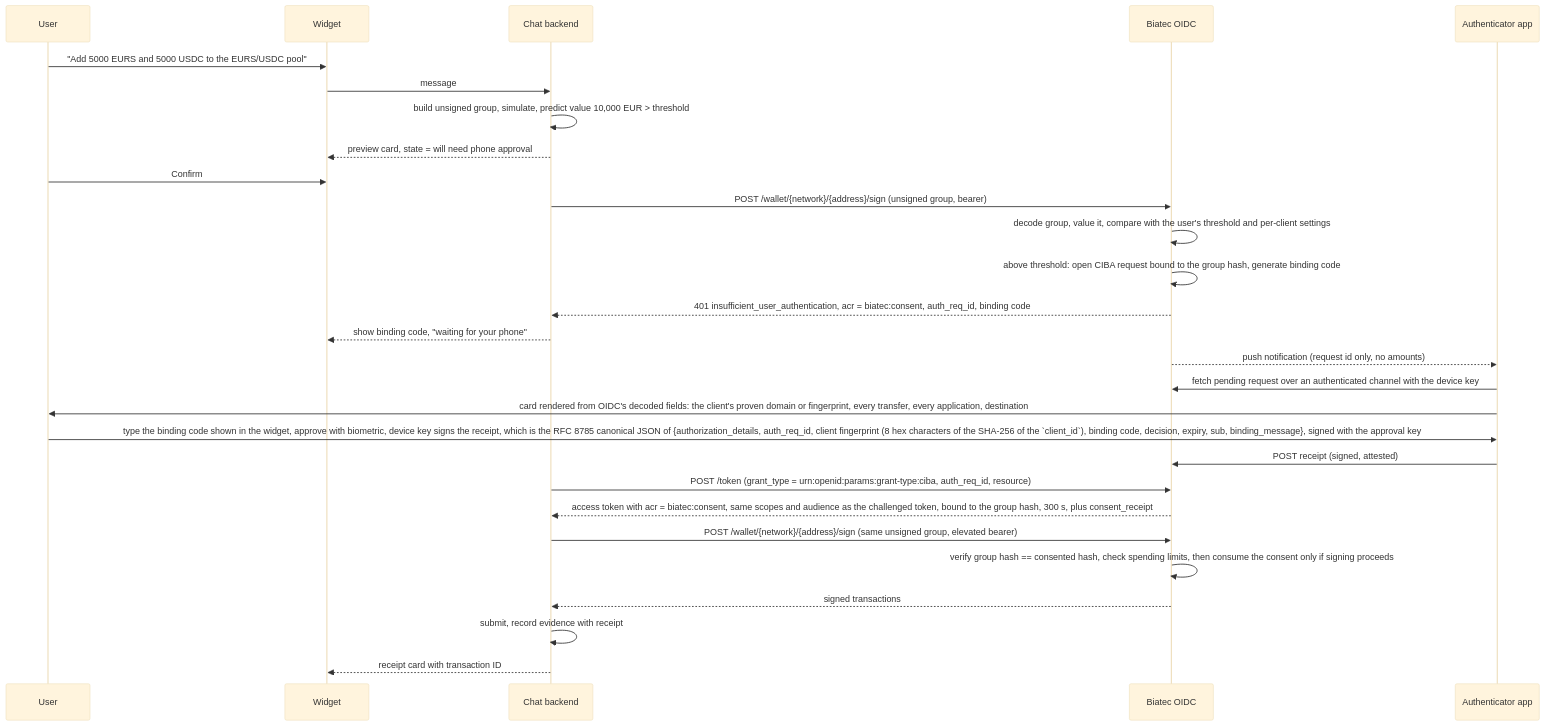
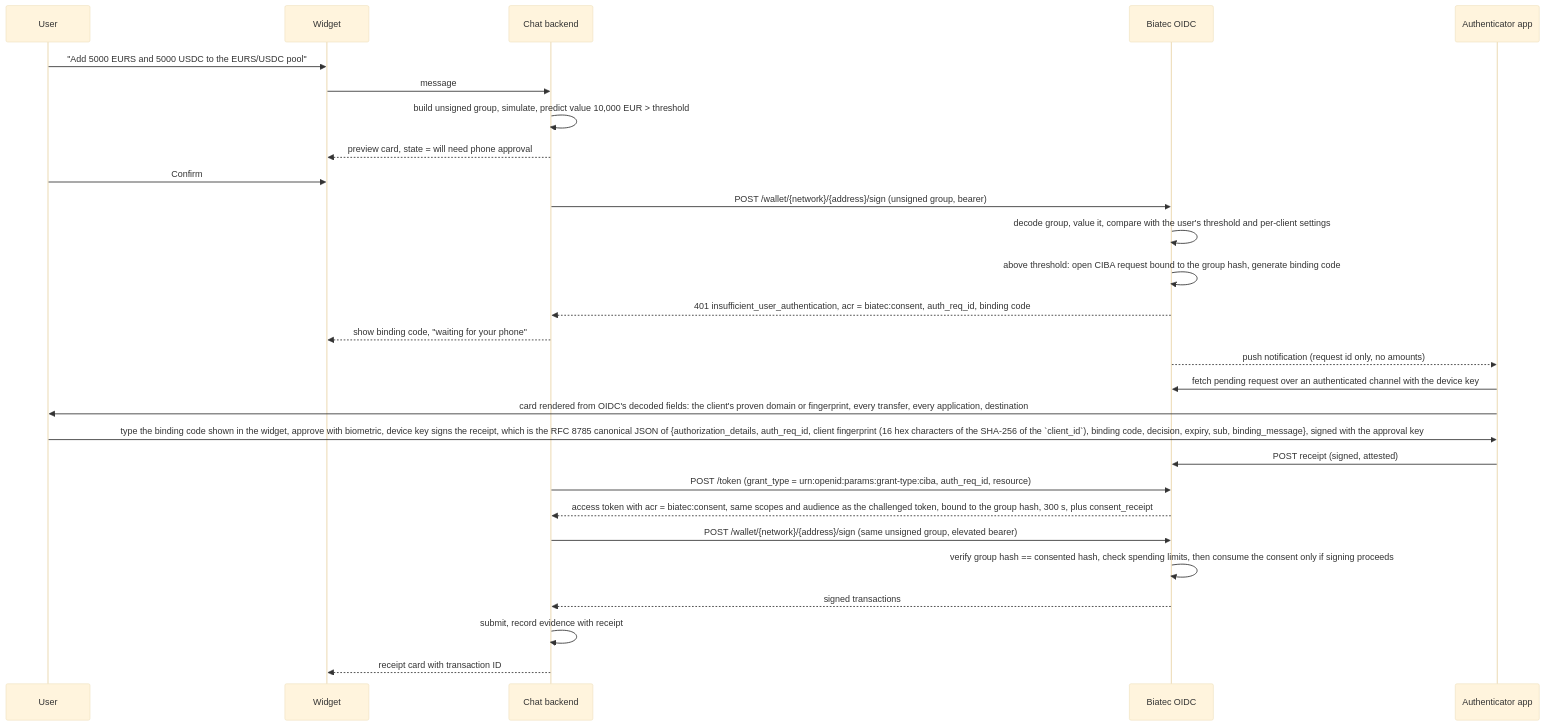
Before and after one commit to scholtz/biatec-chat: the third of 3 diagrams in PRODUCT-DESCRIPTION.md, drawn with Mermaid (base theme). The commit also changed 10 other files, not shown here.

Commit message:
T-239: review round 2: 64-bit fingerprint, device approval and enrollment proof fail closed, single-use nonces, origin recorded equals origin signed

````diff
--- a/PRODUCT-DESCRIPTION.md
+++ b/PRODUCT-DESCRIPTION.md
@@ -437,31 +437,31 @@
 ```mermaid
 sequenceDiagram
     participant U as User
     participant W as Widget
     participant API as Chat backend
     participant O as Biatec OIDC
     participant A as Authenticator app
 
     U->>W: "Add 5000 EURS and 5000 USDC to the EURS/USDC pool"
     W->>API: message
     API->>API: build unsigned group, simulate, predict value 10,000 EUR > threshold
     API-->>W: preview card, state = will need phone approval
     U->>W: Confirm
     API->>O: POST /wallet/{network}/{address}/sign (unsigned group, bearer)
     O->>O: decode group, value it, compare with the user's threshold and per-client settings
     O->>O: above threshold: open CIBA request bound to the group hash, generate binding code
     O-->>API: 401 insufficient_user_authentication, acr = biatec:consent, auth_req_id, binding code
     API-->>W: show binding code, "waiting for your phone"
     O-->>A: push notification (request id only, no amounts)
     A->>O: fetch pending request over an authenticated channel with the device key
     A->>U: card rendered from OIDC's decoded fields: the client's proven domain or fingerprint, every transfer, every application, destination
-    U->>A: type the binding code shown in the widget, approve with biometric, device key signs the receipt, which is the RFC 8785 canonical JSON of {authorization_details, auth_req_id, client fingerprint (8 hex characters of the SHA-256 of the `client_id`), binding code, decision, expiry, sub, binding_message}, signed with the approval key
+    U->>A: type the binding code shown in the widget, approve with biometric, device key signs the receipt, which is the RFC 8785 canonical JSON of {authorization_details, auth_req_id, client fingerprint (16 hex characters of the SHA-256 of the `client_id`), binding code, decision, expiry, sub, binding_message}, signed with the approval key
     A->>O: POST receipt (signed, attested)
     API->>O: POST /token (grant_type = urn:openid:params:grant-type:ciba, auth_req_id, resource)
     O-->>API: access token with acr = biatec:consent, same scopes and audience as the challenged token, bound to the group hash, 300 s, plus consent_receipt
     API->>O: POST /wallet/{network}/{address}/sign (same unsigned group, elevated bearer)
     O->>O: verify group hash == consented hash, check spending limits, then consume the consent only if signing proceeds
     O-->>API: signed transactions
     API->>API: submit, record evidence with receipt
     API-->>W: receipt card with transaction ID
 ```
````
